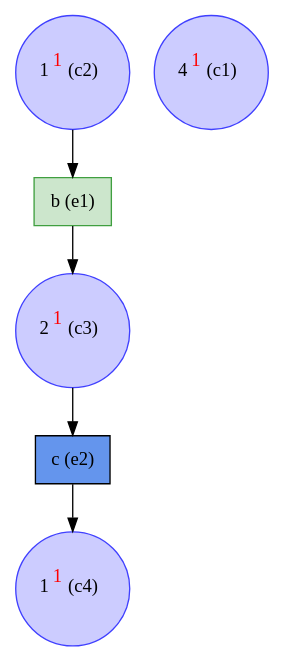
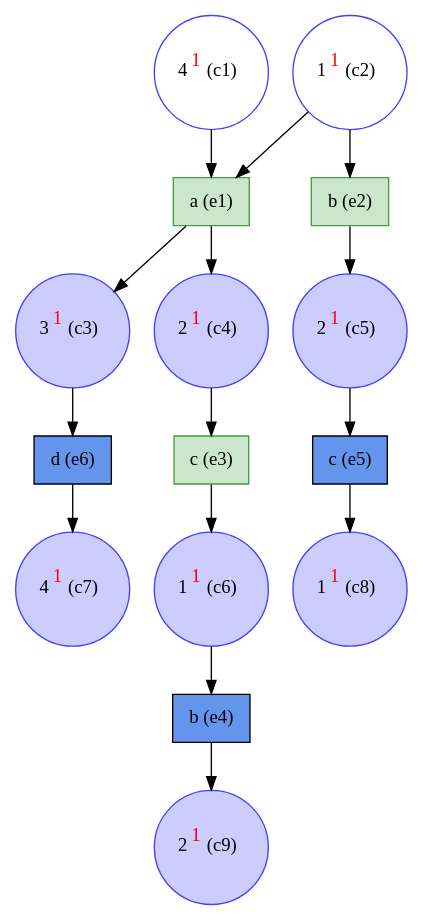
The diagram in examples/stefan_slide/stefan_slide_unf.dot (giannkas/ecofolder), drawn with Graphviz before and after one commit. The commit also changed 200 other files, not shown here.

```diff
--- a/examples/stefan_slide/stefan_slide_unf.dot
+++ b/examples/stefan_slide/stefan_slide_unf.dot
@@ -1,12 +1,31 @@
 digraph test {
+  c1 -> e1;
+  c2 -> e2;
   c2 -> e1;
   e1 -> c3;
-  c3 -> e2;
-  e2 -> c4;
-  c1 [color="#4040ff" fillcolor="#ccccff" label= <4<FONT COLOR="red"><SUP>1</SUP></FONT>&nbsp;(c1)> shape=circle style=filled];
-  c2 [color="#4040ff" fillcolor="#ccccff" label= <1<FONT COLOR="red"><SUP>1</SUP></FONT>&nbsp;(c2)> shape=circle style=filled];
-  c3 [color="#4040ff" fillcolor="#ccccff" label= <2<FONT COLOR="red"><SUP>1</SUP></FONT>&nbsp;(c3)> shape=circle style=filled];
-  c4 [color="#4040ff" fillcolor="#ccccff" label= <1<FONT COLOR="red"><SUP>1</SUP></FONT>&nbsp;(c4)> shape=circle style=filled];
-  e1 [color="#409f40" fillcolor="#cce6cc" label="b (e1)" shape=box style=filled];
-  e2 [color=black fillcolor=cornflowerblue label="c (e2)" shape=box style=filled];
+  c3 -> e6;
+  e1 -> c4;
+  c4 -> e3;
+  e2 -> c5;
+  c5 -> e5;
+  e3 -> c6;
+  c6 -> e4;
+  e6 -> c7;
+  e5 -> c8;
+  e4 -> c9;
+  c1 [color="#4040ff" fillcolor="transparent" label= <4<FONT COLOR="red"><SUP>1</SUP></FONT>&nbsp;(c1)> shape=circle style=filled];
+  c2 [color="#4040ff" fillcolor="transparent" label= <1<FONT COLOR="red"><SUP>1</SUP></FONT>&nbsp;(c2)> shape=circle style=filled];
+  c3 [color="#4040ff" fillcolor="#ccccff" label= <3<FONT COLOR="red"><SUP>1</SUP></FONT>&nbsp;(c3)> shape=circle style=filled];
+  c4 [color="#4040ff" fillcolor="#ccccff" label= <2<FONT COLOR="red"><SUP>1</SUP></FONT>&nbsp;(c4)> shape=circle style=filled];
+  c5 [color="#4040ff" fillcolor="#ccccff" label= <2<FONT COLOR="red"><SUP>1</SUP></FONT>&nbsp;(c5)> shape=circle style=filled];
+  c6 [color="#4040ff" fillcolor="#ccccff" label= <1<FONT COLOR="red"><SUP>1</SUP></FONT>&nbsp;(c6)> shape=circle style=filled];
+  c7 [color="#4040ff" fillcolor="#ccccff" label= <4<FONT COLOR="red"><SUP>1</SUP></FONT>&nbsp;(c7)> shape=circle style=filled];
+  c8 [color="#4040ff" fillcolor="#ccccff" label= <1<FONT COLOR="red"><SUP>1</SUP></FONT>&nbsp;(c8)> shape=circle style=filled];
+  c9 [color="#4040ff" fillcolor="#ccccff" label= <2<FONT COLOR="red"><SUP>1</SUP></FONT>&nbsp;(c9)> shape=circle style=filled];
+  e1 [color="#409f40" fillcolor="#cce6cc" label="a (e1)" shape=box style=filled];
+  e2 [color="#409f40" fillcolor="#cce6cc" label="b (e2)" shape=box style=filled];
+  e3 [color="#409f40" fillcolor="#cce6cc" label="c (e3)" shape=box style=filled];
+  e4 [color=black fillcolor=cornflowerblue label="b (e4)" shape=box style=filled];
+  e5 [color=black fillcolor=cornflowerblue label="c (e5)" shape=box style=filled];
+  e6 [color=black fillcolor=cornflowerblue label="d (e6)" shape=box style=filled];
 }
```
